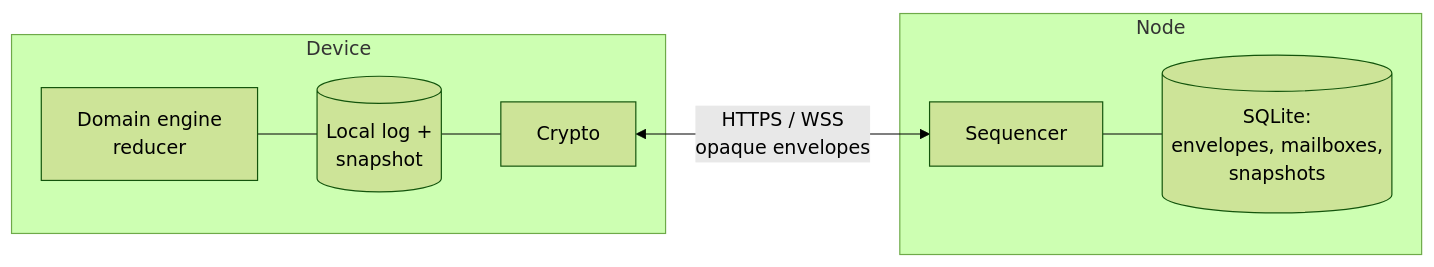
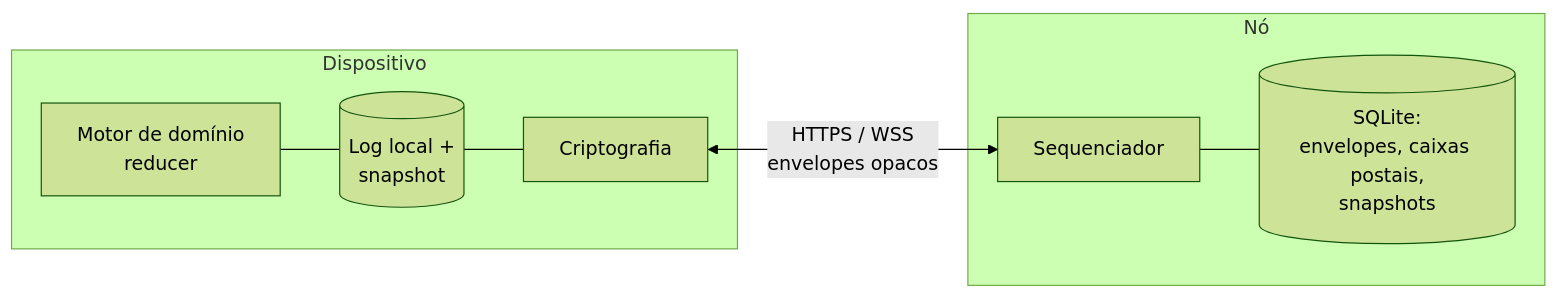
One commit to hugobessa/vamo-virar changed the first of 3 diagrams in docs/protocol.md. Above: the diagram before and after it, drawn with Mermaid (forest theme). The commit also changed other lines of this file and 30 other files, not shown here.

````diff
--- a/docs/protocol.md
+++ b/docs/protocol.md
@@ -18,11 +19,11 @@
 ```mermaid
 flowchart LR
-    subgraph Device
-        DOM[Domain engine<br/>reducer] --- LOG[(Local log +<br/>snapshot)]
-        LOG --- CR[Crypto]
+    subgraph Dispositivo
+        DOM[Motor de domínio<br/>reducer] --- LOG[(Log local +<br/>snapshot)]
+        LOG --- CR[Criptografia]
     end
-    subgraph Node
-        SEQ[Sequencer] --- DB[(SQLite:<br/>envelopes, mailboxes,<br/>snapshots)]
+    subgraph Nó
+        SEQ[Sequenciador] --- DB[(SQLite:<br/>envelopes, caixas postais,<br/>snapshots)]
     end
-    CR <-->|HTTPS / WSS<br/>opaque envelopes| SEQ
+    CR <-->|HTTPS / WSS<br/>envelopes opacos| SEQ
 ```
````
